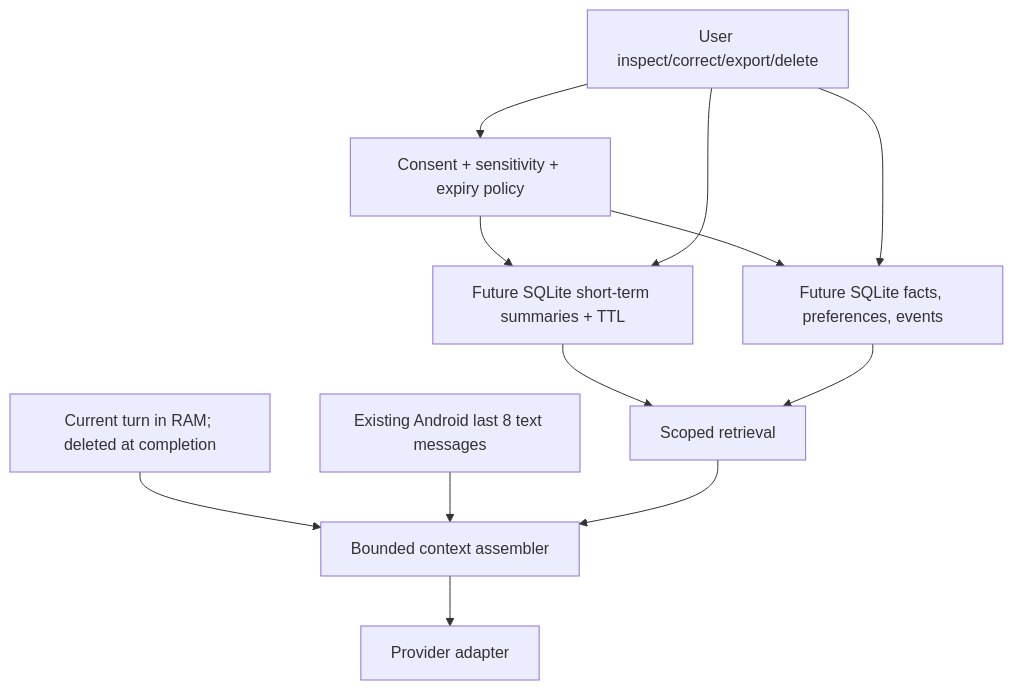
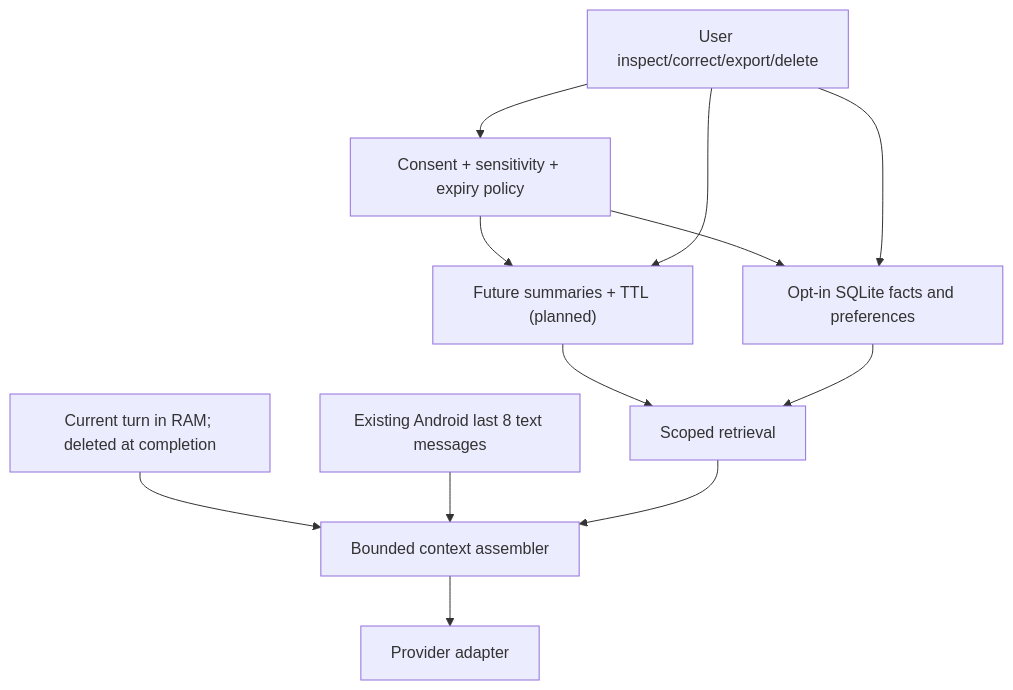
The fourth of 8 diagrams in docs/ROBOT_ARCHITECTURE.md (ahmetfsyn/mobile-assistant), drawn with Mermaid before and after one commit. The commit also changed other lines of this file and 24 other files, not shown here.

````diff
--- a/docs/ROBOT_ARCHITECTURE.md
+++ b/docs/ROBOT_ARCHITECTURE.md
@@ -108,14 +108,14 @@
 ```mermaid
 flowchart TD
   Turn["Current turn in RAM; deleted at completion"] --> Context["Bounded context assembler"]
   Recent["Existing Android last 8 text messages"] --> Context
-  Short["Future SQLite short-term summaries + TTL"] --> Retrieve["Scoped retrieval"]
-  Long["Future SQLite facts, preferences, events"] --> Retrieve
+  Short["Future summaries + TTL (planned)"] --> Retrieve["Scoped retrieval"]
+  Long["Opt-in SQLite facts and preferences"] --> Retrieve
   Retrieve --> Context
   Policy["Consent + sensitivity + expiry policy"] --> Short
   Policy --> Long
   Context --> Model["Provider adapter"]
   User["User inspect/correct/export/delete"] --> Policy
   User --> Long
   User --> Short
 ```
````
